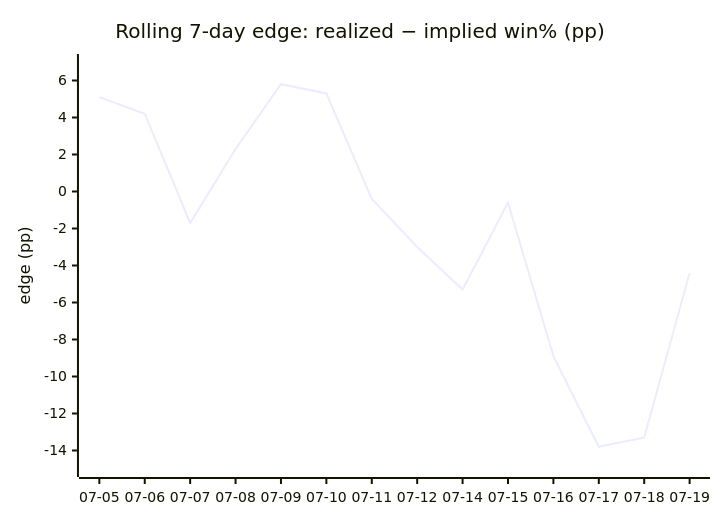
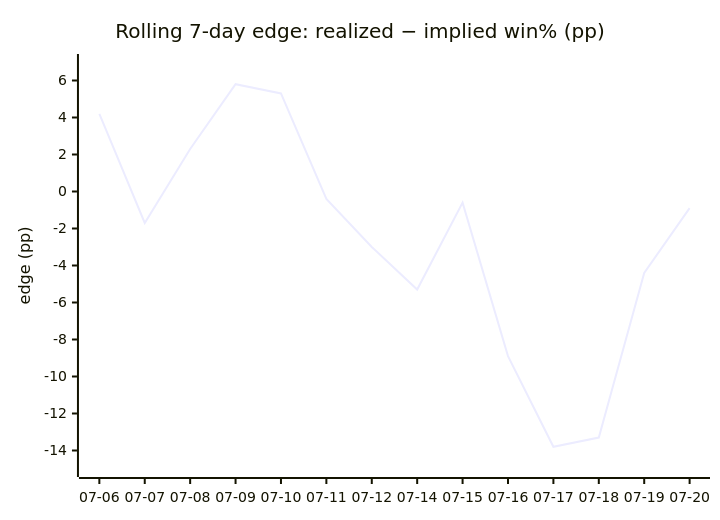
The fourth of 4 diagrams in DAILY_AGSU_REPORT.md (dpk1212/nhl-savant), drawn with Mermaid before and after one commit. The commit also changed other lines of this file, not shown here.

````diff
--- a/DAILY_AGSU_REPORT.md
+++ b/DAILY_AGSU_REPORT.md
@@ -572,7 +570,7 @@
 ```mermaid
 xychart-beta
     title "Rolling 7-day edge: realized − implied win% (pp)"
-    x-axis ["07-05", "07-06", "07-07", "07-08", "07-09", "07-10", "07-11", "07-12", "07-14", "07-15", "07-16", "07-17", "07-18", "07-19"]
+    x-axis ["07-06", "07-07", "07-08", "07-09", "07-10", "07-11", "07-12", "07-14", "07-15", "07-16", "07-17", "07-18", "07-19", "07-20"]
     y-axis "edge (pp)" -15 --> 7
-    line [5.1, 4.2, -1.7, 2.3, 5.8, 5.3, -0.4, -3, -5.3, -0.6, -8.9, -13.8, -13.3, -4.4]
+    line [4.2, -1.7, 2.3, 5.8, 5.3, -0.4, -3, -5.3, -0.6, -8.9, -13.8, -13.3, -4.4, -0.9]
 ```
````
